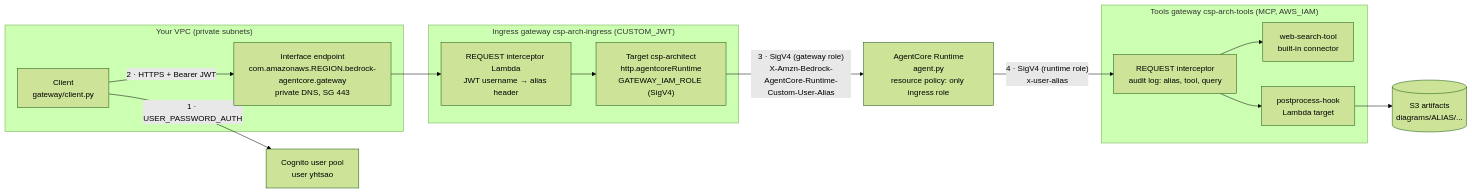
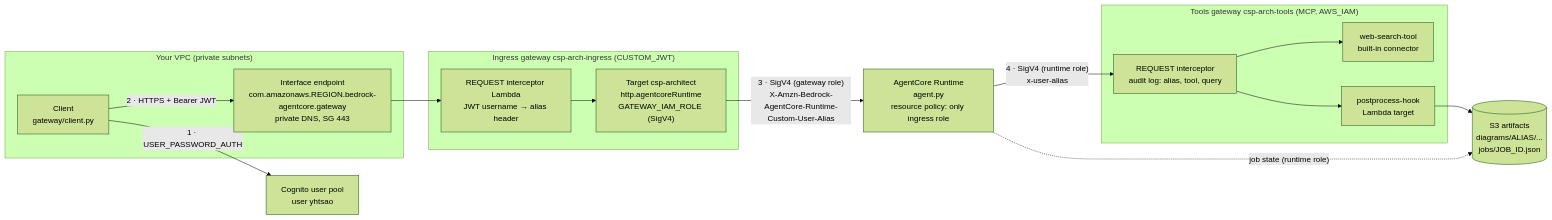
The first of 2 diagrams in gateway/README.md (yunistsao-maker/csp-architect-agent), drawn with Mermaid (forest theme) before and after one commit. The commit also changed other lines of this file and 9 other files, not shown here.

````diff
--- a/gateway/README.md
+++ b/gateway/README.md
@@ -9,25 +9,26 @@
 ```mermaid
 flowchart LR
   subgraph VPC["Your VPC (private subnets)"]
     C["Client<br/>gateway/client.py"]
     E["Interface endpoint<br/>com.amazonaws.REGION.bedrock-agentcore.gateway<br/>private DNS, SG 443"]
   end
   COG["Cognito user pool<br/>user yhtsao"]
   subgraph ING["Ingress gateway csp-arch-ingress (CUSTOM_JWT)"]
     I1["REQUEST interceptor Lambda<br/>JWT username → alias header"]
     T1["Target csp-architect<br/>http.agentcoreRuntime<br/>GATEWAY_IAM_ROLE (SigV4)"]
   end
   R["AgentCore Runtime<br/>agent.py<br/>resource policy: only ingress role"]
   subgraph TG["Tools gateway csp-arch-tools (MCP, AWS_IAM)"]
     I2["REQUEST interceptor<br/>audit log: alias, tool, query"]
     WS["web-search-tool<br/>built-in connector"]
     HK["postprocess-hook<br/>Lambda target"]
   end
-  S3[("S3 artifacts<br/>diagrams/ALIAS/...")]
+  S3[("S3 artifacts<br/>diagrams/ALIAS/...<br/>jobs/JOB_ID.json")]
   C -- "1 · USER_PASSWORD_AUTH" --> COG
   C -- "2 · HTTPS + Bearer JWT" --> E --> I1 --> T1
   T1 -- "3 · SigV4 (gateway role)<br/>X-Amzn-Bedrock-AgentCore-Runtime-Custom-User-Alias" --> R
   R -- "4 · SigV4 (runtime role)<br/>x-user-alias" --> I2
   I2 --> WS
   I2 --> HK --> S3
+  R -. "job state (runtime role)" .-> S3
 ```
````
